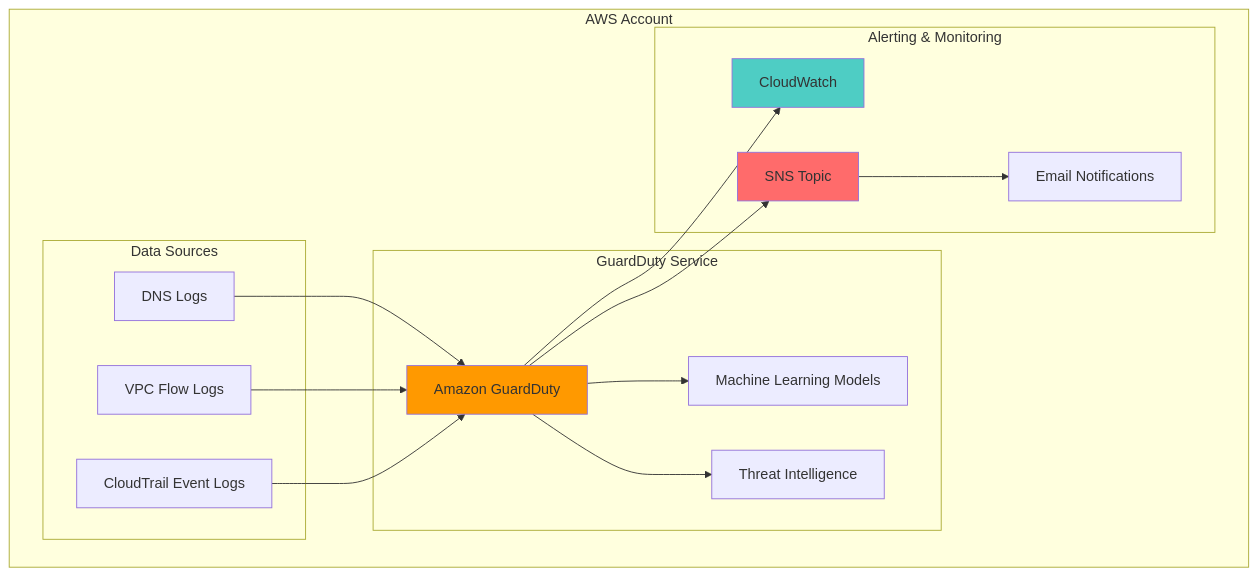
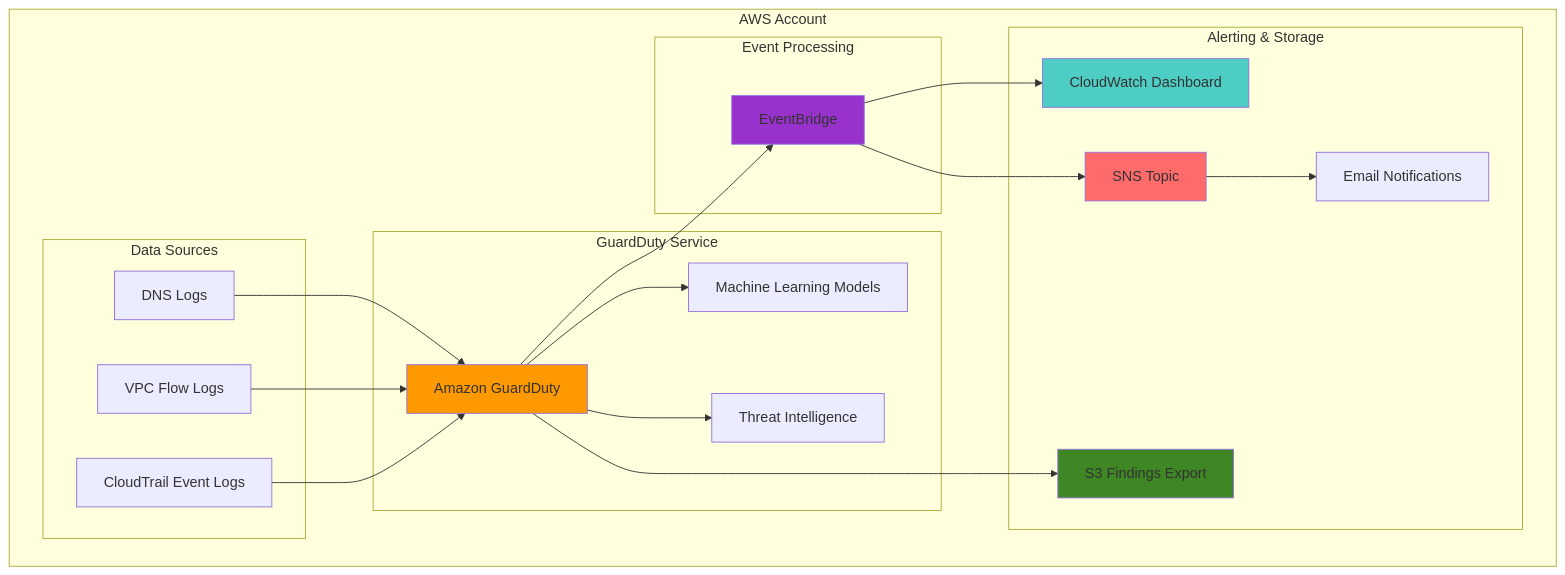
Before and after one commit to mzazon/awesome-cloud-projects: the diagram in aws/intelligent-threat-detection/intelligent-threat-detection.md, drawn with Mermaid. The commit also changed other lines of this file and 5581 other files, not shown here.

````diff
--- a/aws/intelligent-threat-detection/intelligent-threat-detection.md
+++ b/aws/intelligent-threat-detection/intelligent-threat-detection.md
@@ -30,37 +30,46 @@
 ```mermaid
 graph TB
     subgraph "AWS Account"
         subgraph "Data Sources"
             DNS[DNS Logs]
             VPC[VPC Flow Logs]
             CT[CloudTrail Event Logs]
         end
         
         subgraph "GuardDuty Service"
             GD[Amazon GuardDuty]
             ML[Machine Learning Models]
             TI[Threat Intelligence]
         end
         
-        subgraph "Alerting & Monitoring"
-            CW[CloudWatch]
+        subgraph "Event Processing"
+            EB[EventBridge]
+        end
+        
+        subgraph "Alerting & Storage"
+            CW[CloudWatch Dashboard]
             SNS[SNS Topic]
             EMAIL[Email Notifications]
+            S3[S3 Findings Export]
         end
     end
     
     DNS-->GD
     VPC-->GD
     CT-->GD
     
     GD-->ML
     GD-->TI
     
-    GD-->CW
-    GD-->SNS
+    GD-->EB
+    EB-->SNS
+    EB-->CW
+    GD-->S3
     SNS-->EMAIL
     
     style GD fill:#FF9900
+    style EB fill:#9932CC
     style SNS fill:#FF6B6B
     style CW fill:#4ECDC4
+    style S3 fill:#3F8624
 ```
````
